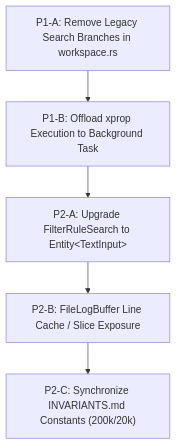
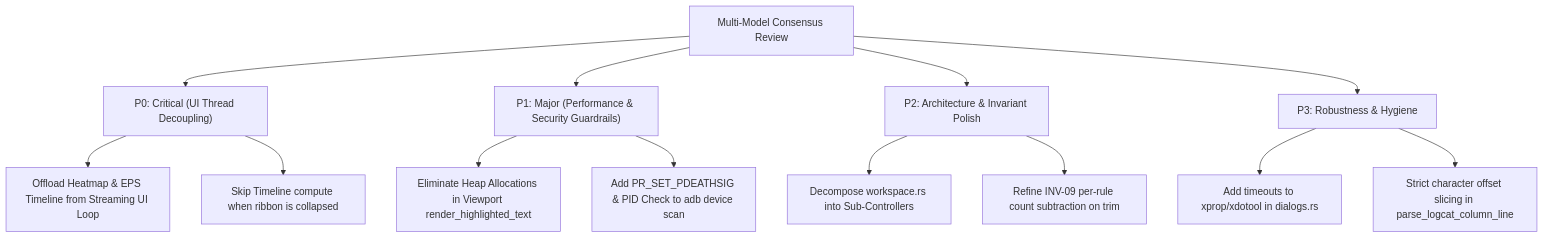
The diagram in docs/multi_model_review_report.md (hwanjongyu/LogAnalysis), drawn with Mermaid before and after one commit. The commit also changed other lines of this file and 8 other files, not shown here.

First line of the commit message:
fix(gui,core): eliminate viewport render allocations, harden ADB process isolation, and fix column parser pointer slicing (P1)

````diff
--- a/docs/multi_model_review_report.md
+++ b/docs/multi_model_review_report.md
@@ -77,7 +83,19 @@
 ```mermaid
-graph TD
-    A["P1-A: Remove Legacy Search Branches in workspace.rs"] --> B["P1-B: Offload xprop Execution to Background Task"]
-    B --> C["P2-A: Upgrade FilterRuleSearch to Entity&lt;TextInput&gt;"]
-    C --> D["P2-B: FileLogBuffer Line Cache / Slice Exposure"]
-    D --> E["P2-C: Synchronize INVARIANTS.md Constants (200k/20k)"]
+flowchart TD
+    Review["Multi-Model Consensus Review"] --> Critical["P0: Critical (UI Thread Decoupling)"]
+    Review --> Major["P1: Major (Performance & Security Guardrails)"]
+    Review --> Arch["P2: Architecture & Invariant Polish"]
+    Review --> Minor["P3: Robustness & Hygiene"]
+
+    Critical --> C1["Offload Heatmap & EPS Timeline from Streaming UI Loop"]
+    Critical --> C2["Skip Timeline compute when ribbon is collapsed"]
+
+    Major --> M1["Eliminate Heap Allocations in Viewport render_highlighted_text"]
+    Major --> M2["Add PR_SET_PDEATHSIG & PID Check to adb device scan"]
+
+    Arch --> A1["Decompose workspace.rs into Sub-Controllers"]
+    Arch --> A2["Refine INV-09 per-rule count subtraction on trim"]
+
+    Minor --> N1["Add timeouts to xprop/xdotool in dialogs.rs"]
+    Minor --> N2["Strict character offset slicing in parse_logcat_column_line"]
 ```
````
